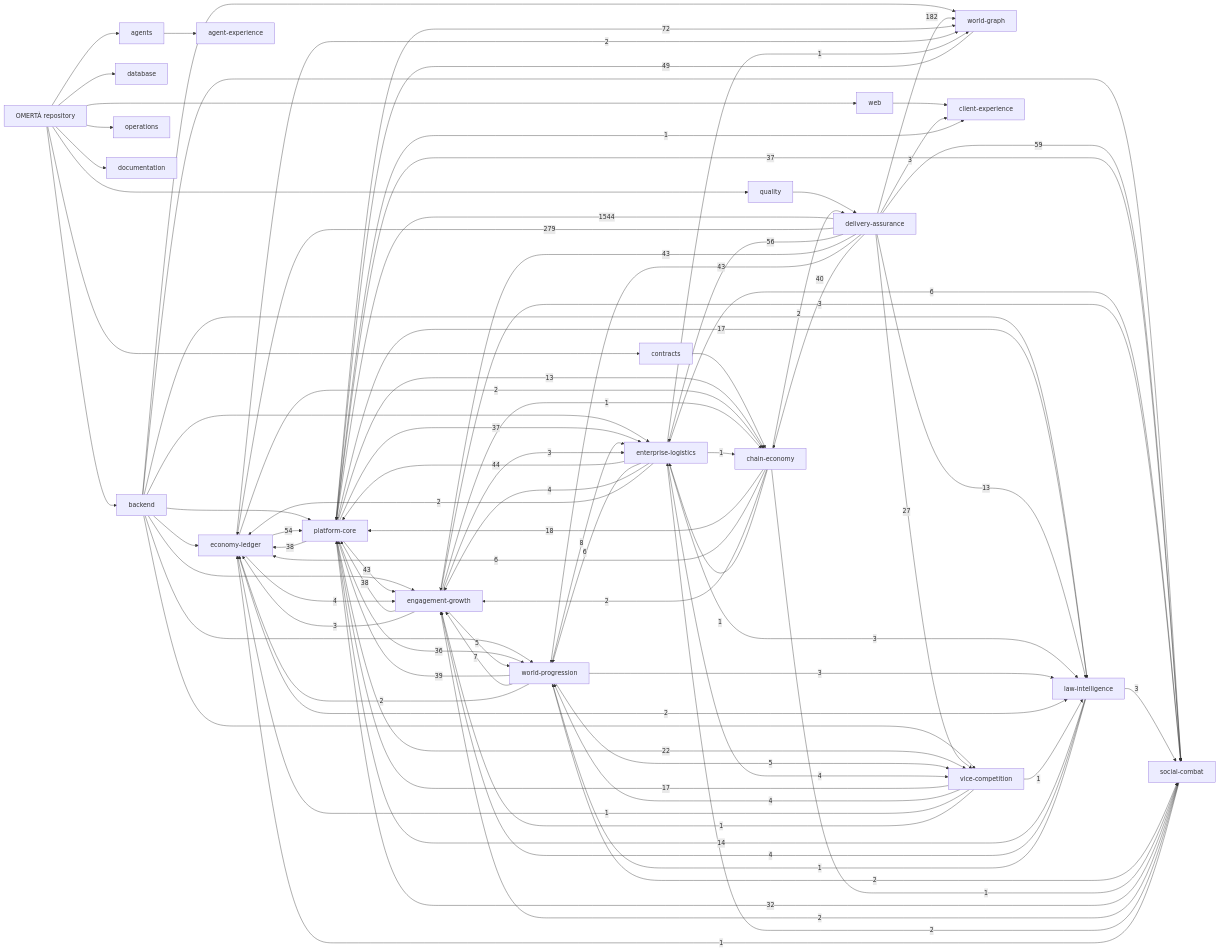
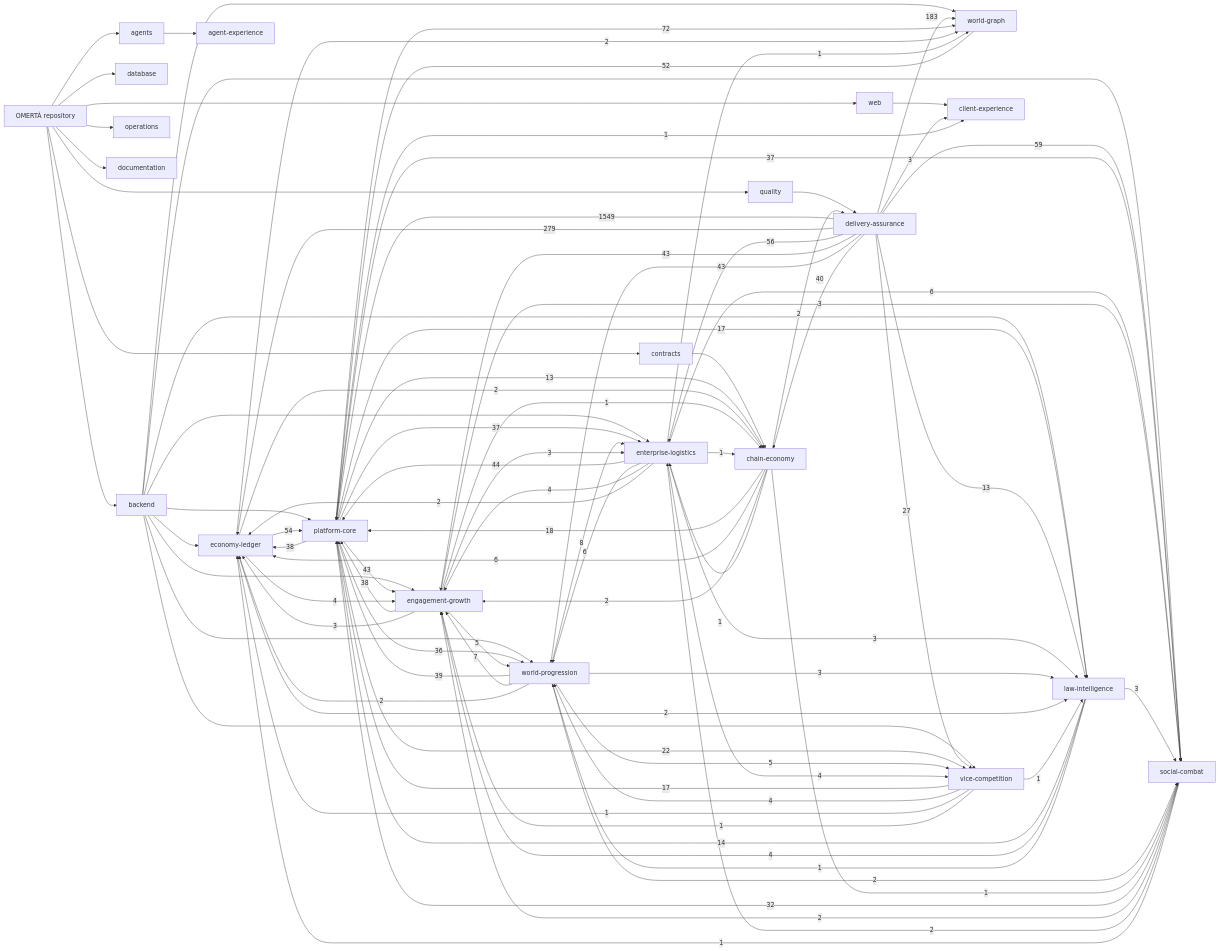
One commit to OmertaDev/Omerta changed the diagram in knowledge/generated/graph.mmd. Above: the diagram before and after it, drawn with Mermaid. The commit also changed 8 other files, not shown here.

```diff
--- a/knowledge/generated/graph.mmd
+++ b/knowledge/generated/graph.mmd
@@ -1,112 +1,112 @@
 flowchart LR
   repo["OMERTÀ repository"]
   sub_backend["backend"]
   repo --> sub_backend
   sub_database["database"]
   repo --> sub_database
   sub_web["web"]
   repo --> sub_web
   sub_contracts["contracts"]
   repo --> sub_contracts
   sub_agents["agents"]
   repo --> sub_agents
   sub_quality["quality"]
   repo --> sub_quality
   sub_operations["operations"]
   repo --> sub_operations
   sub_documentation["documentation"]
   repo --> sub_documentation
   dom_platform-core["platform-core"]
   dom_economy-ledger["economy-ledger"]
   dom_social-combat["social-combat"]
   dom_world-progression["world-progression"]
   dom_world-graph["world-graph"]
   dom_enterprise-logistics["enterprise-logistics"]
   dom_vice-competition["vice-competition"]
   dom_law-intelligence["law-intelligence"]
   dom_chain-economy["chain-economy"]
   dom_engagement-growth["engagement-growth"]
   dom_client-experience["client-experience"]
   dom_agent-experience["agent-experience"]
   dom_delivery-assurance["delivery-assurance"]
   sub_agents --> dom_agent-experience
   sub_backend --> dom_economy-ledger
   sub_backend --> dom_engagement-growth
   sub_backend --> dom_enterprise-logistics
   sub_backend --> dom_law-intelligence
   sub_backend --> dom_platform-core
   sub_backend --> dom_social-combat
   sub_backend --> dom_vice-competition
   sub_backend --> dom_world-graph
   sub_backend --> dom_world-progression
   sub_contracts --> dom_chain-economy
   sub_quality --> dom_delivery-assurance
   sub_web --> dom_client-experience
-  dom_delivery-assurance -->|1544| dom_platform-core
+  dom_delivery-assurance -->|1549| dom_platform-core
   dom_delivery-assurance -->|279| dom_economy-ledger
-  dom_delivery-assurance -->|182| dom_world-graph
+  dom_delivery-assurance -->|183| dom_world-graph
   dom_platform-core -->|72| dom_world-graph
   dom_delivery-assurance -->|59| dom_social-combat
   dom_delivery-assurance -->|56| dom_enterprise-logistics
   dom_economy-ledger -->|54| dom_platform-core
-  dom_world-graph -->|49| dom_platform-core
+  dom_world-graph -->|52| dom_platform-core
   dom_enterprise-logistics -->|44| dom_platform-core
   dom_delivery-assurance -->|43| dom_engagement-growth
   dom_delivery-assurance -->|43| dom_world-progression
   dom_platform-core -->|43| dom_engagement-growth
   dom_delivery-assurance -->|40| dom_chain-economy
   dom_world-progression -->|39| dom_platform-core
   dom_engagement-growth -->|38| dom_platform-core
   dom_platform-core -->|38| dom_economy-ledger
   dom_platform-core -->|37| dom_enterprise-logistics
   dom_platform-core -->|37| dom_social-combat
   dom_platform-core -->|36| dom_world-progression
   dom_social-combat -->|32| dom_platform-core
   dom_delivery-assurance -->|27| dom_vice-competition
   dom_platform-core -->|22| dom_vice-competition
   dom_chain-economy -->|18| dom_platform-core
   dom_platform-core -->|17| dom_law-intelligence
   dom_vice-competition -->|17| dom_platform-core
   dom_law-intelligence -->|14| dom_platform-core
   dom_delivery-assurance -->|13| dom_law-intelligence
   dom_platform-core -->|13| dom_chain-economy
   dom_world-progression -->|8| dom_enterprise-logistics
   dom_world-progression -->|7| dom_engagement-growth
   dom_chain-economy -->|6| dom_economy-ledger
   dom_enterprise-logistics -->|6| dom_social-combat
   dom_enterprise-logistics -->|6| dom_world-progression
   dom_engagement-growth -->|5| dom_world-progression
   dom_world-progression -->|5| dom_vice-competition
   dom_economy-ledger -->|4| dom_engagement-growth
   dom_enterprise-logistics -->|4| dom_engagement-growth
   dom_enterprise-logistics -->|4| dom_vice-competition
   dom_law-intelligence -->|4| dom_engagement-growth
   dom_vice-competition -->|4| dom_world-progression
   dom_delivery-assurance -->|3| dom_client-experience
   dom_engagement-growth -->|3| dom_economy-ledger
   dom_engagement-growth -->|3| dom_enterprise-logistics
   dom_engagement-growth -->|3| dom_social-combat
   dom_enterprise-logistics -->|3| dom_law-intelligence
   dom_law-intelligence -->|3| dom_social-combat
   dom_world-progression -->|3| dom_law-intelligence
   dom_chain-economy -->|2| dom_delivery-assurance
   dom_chain-economy -->|2| dom_engagement-growth
   dom_economy-ledger -->|2| dom_chain-economy
   dom_economy-ledger -->|2| dom_law-intelligence
   dom_economy-ledger -->|2| dom_world-graph
   dom_enterprise-logistics -->|2| dom_economy-ledger
   dom_social-combat -->|2| dom_engagement-growth
   dom_social-combat -->|2| dom_enterprise-logistics
   dom_world-progression -->|2| dom_economy-ledger
   dom_world-progression -->|2| dom_social-combat
   dom_chain-economy -->|1| dom_enterprise-logistics
   dom_chain-economy -->|1| dom_social-combat
   dom_engagement-growth -->|1| dom_chain-economy
   dom_enterprise-logistics -->|1| dom_chain-economy
   dom_enterprise-logistics -->|1| dom_world-graph
   dom_law-intelligence -->|1| dom_world-progression
   dom_platform-core -->|1| dom_client-experience
   dom_social-combat -->|1| dom_economy-ledger
   dom_vice-competition -->|1| dom_economy-ledger
   dom_vice-competition -->|1| dom_engagement-growth
   dom_vice-competition -->|1| dom_law-intelligence
```
